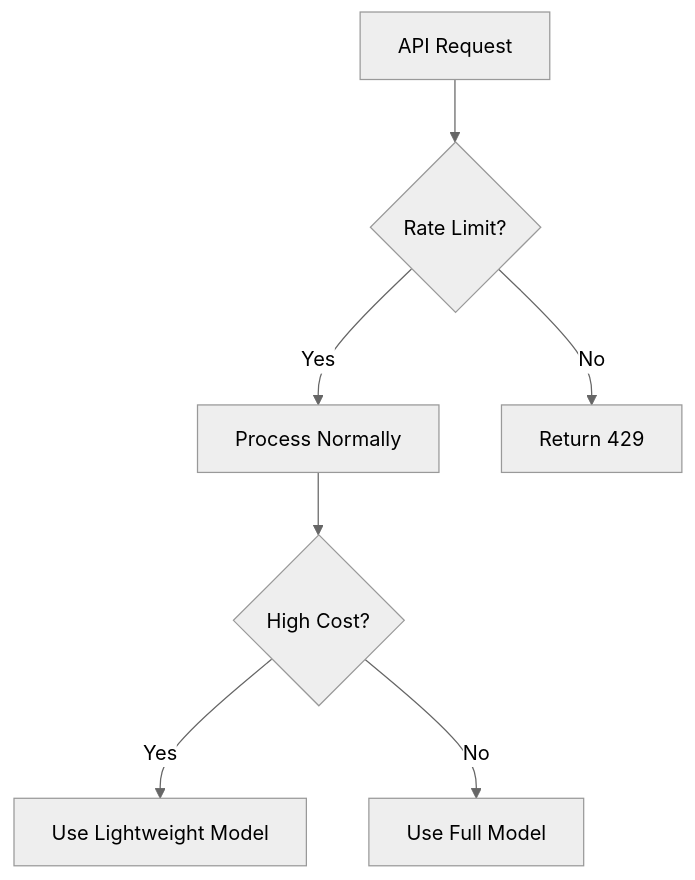
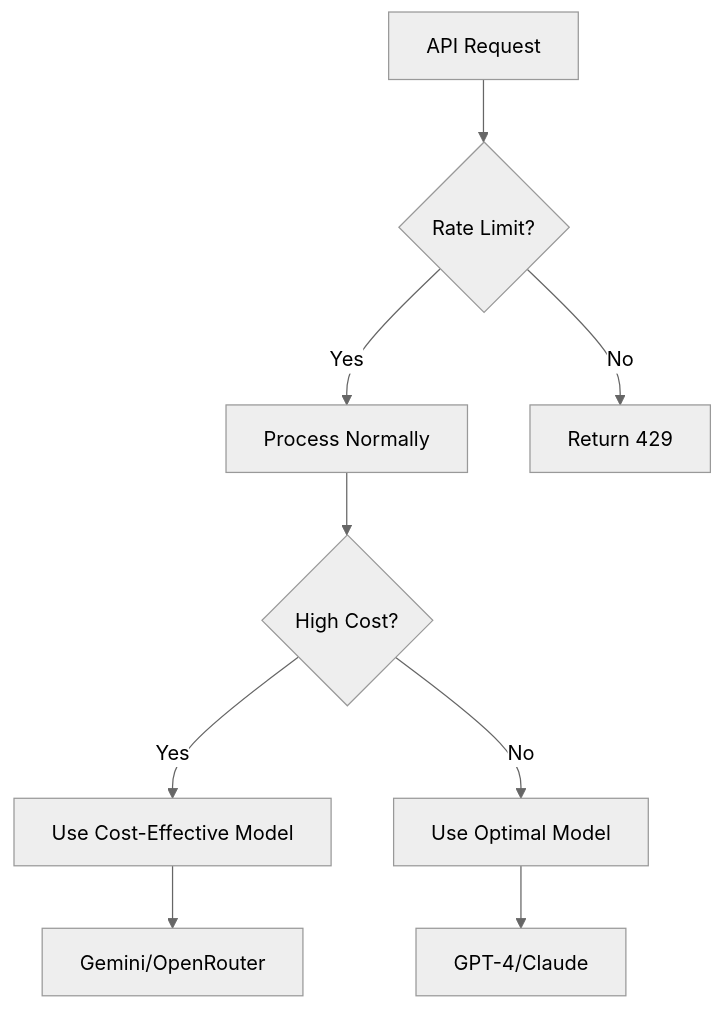
The second of 2 diagrams in docs/architecture/AI_Integration_Architecture.md (NikKowPHP/nexus), drawn with Mermaid (neutral theme) before and after one commit. The commit also changed other lines of this file, not shown here.

First line of the commit message:
feat: Enhance AI Integration Architecture with new LLM providers

````diff
--- a/docs/architecture/AI_Integration_Architecture.md
+++ b/docs/architecture/AI_Integration_Architecture.md
@@ -95,9 +112,11 @@
 ```mermaid
 graph TD
     A[API Request] --> B{Rate Limit?}
     B -->|Yes| C[Process Normally]
     B -->|No| D[Return 429]
     C --> E{High Cost?}
-    E -->|Yes| F[Use Lightweight Model]
-    E -->|No| G[Use Full Model]
+    E -->|Yes| F[Use Cost-Effective Model]
+    E -->|No| G[Use Optimal Model]
+    F --> H[Gemini/OpenRouter]
+    G --> I[GPT-4/Claude]
 ```
````
